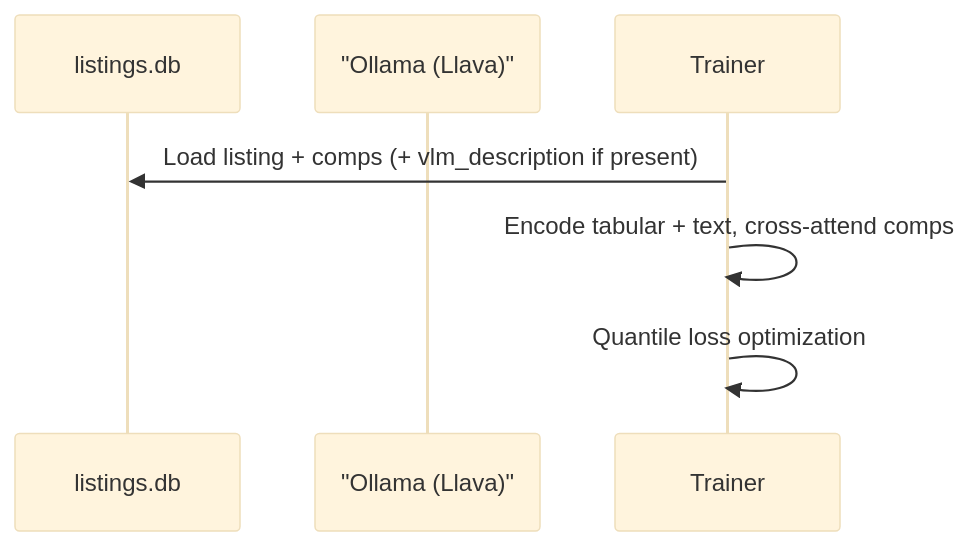
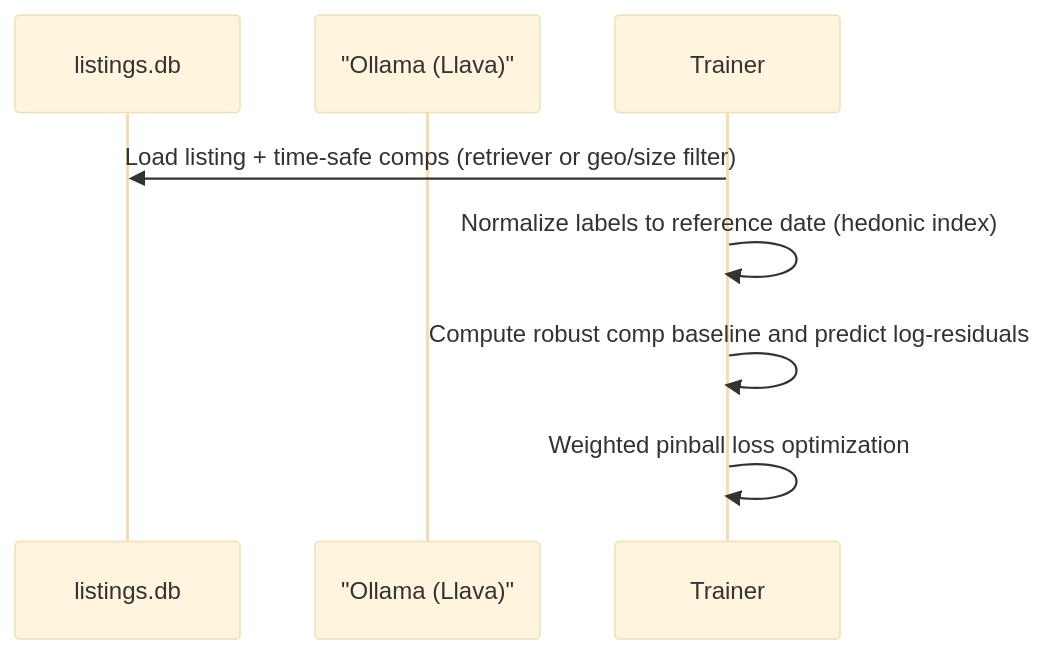
One commit to Nirtzur0/PropertyScanner changed the third of 3 diagrams in docs/02_data_pipeline.md. Above: the diagram before and after it, drawn with Mermaid (base theme). The commit also changed other lines of this file and 12 other files, not shown here.

````diff
--- a/docs/02_data_pipeline.md
+++ b/docs/02_data_pipeline.md
@@ -64,10 +71,11 @@
 ```mermaid
 sequenceDiagram
     participant DB as listings.db
     participant VLM as "Ollama (Llava)"
     participant Train as Trainer
 
-    Train->>DB: Load listing + comps (+ vlm_description if present)
-    Train->>Train: Encode tabular + text, cross-attend comps
-    Train->>Train: Quantile loss optimization
+    Train->>DB: Load listing + time-safe comps (retriever or geo/size filter)
+    Train->>Train: Normalize labels to reference date (hedonic index)
+    Train->>Train: Compute robust comp baseline and predict log-residuals
+    Train->>Train: Weighted pinball loss optimization
 ```
````
